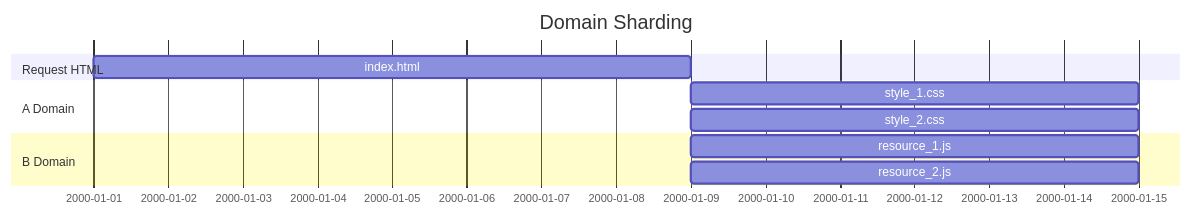
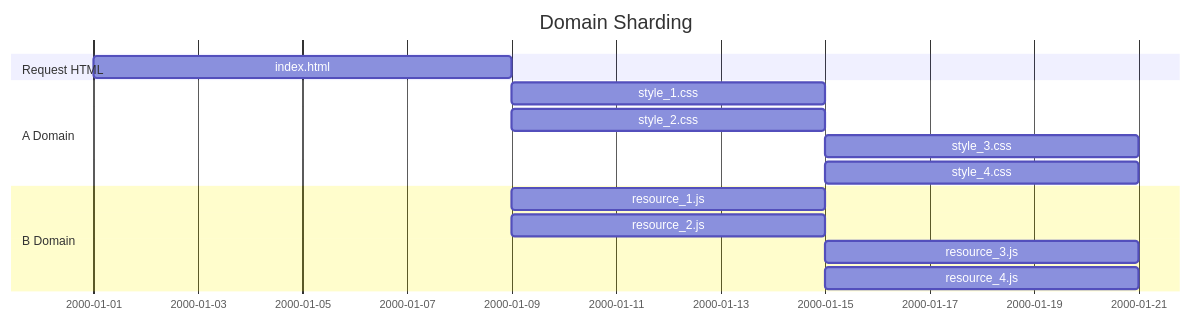
One commit to MyungSeok/Gitbook changed the third of 4 diagrams in 03.-back-end/03.-network/http/http2.0.md. Above: the diagram before and after it, drawn with Mermaid.

Commit message:
no message

````diff
--- a/03.-back-end/03.-network/http/http2.0.md
+++ b/03.-back-end/03.-network/http/http2.0.md
@@ -45,13 +45,17 @@
 ```mermaid
   gantt
     title Domain Sharding
     dateFormat  YYYY-MM-DD
     section Request HTML
     index.html     : html, 2000-01-01  , 8d
     section A Domain
-    style_1.css     : after html, 6d
+    style_1.css     : css, after html, 6d
     style_2.css     : after html, 6d
+    style_3.css     : after css, 6d
+    style_4.css     : after css, 6d
     section B Domain
-    resource_1.js     : after html, 6d
+    resource_1.js     : js , after html, 6d
     resource_2.js     : after html, 6d
+    resource_3.js     : after js, 6d
+    resource_4.js     : after js, 6d
 ```
````
